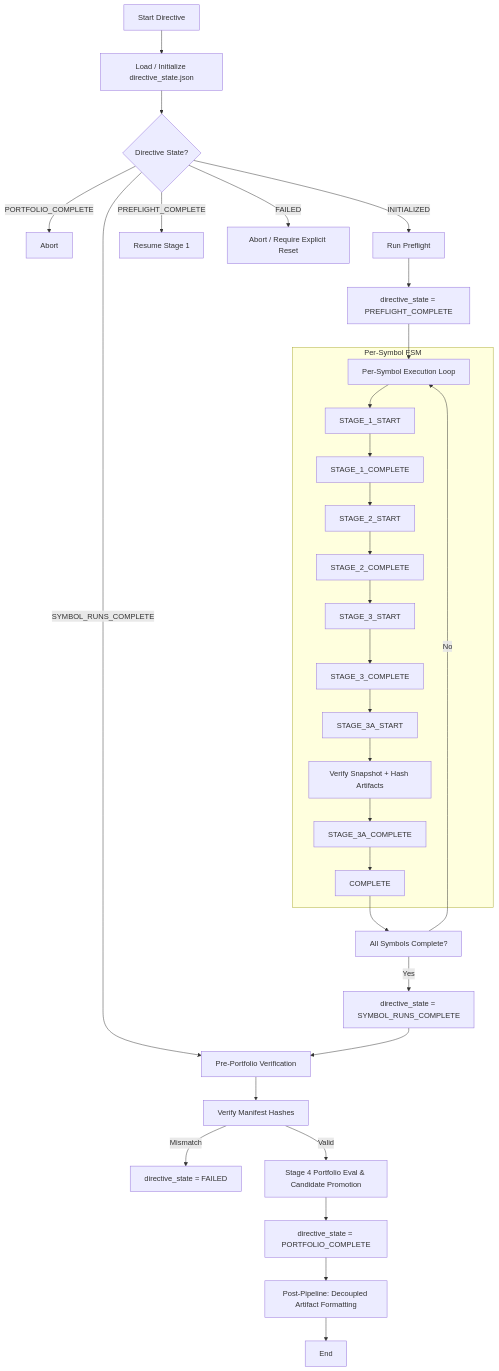
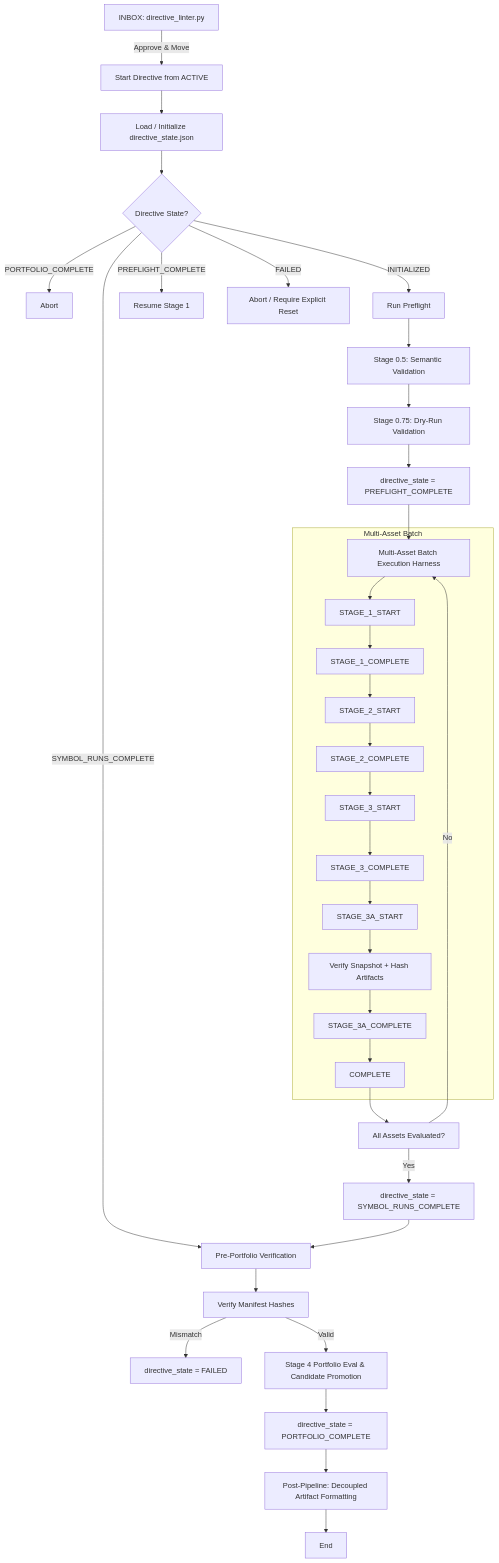
Before and after one commit to kitealert7-source/Trade-Scan-: the diagram in outputs/system_reports/01_system_architecture/pipeline_flow.md, drawn with Mermaid. The commit also changed 195 other files, not shown here.

Commit message:
Fix reset_directive to clear run_registry, correct RUNS_DIR path, patch linreg_regime_htf & range_breakout_session datetime handling, improve state consistency and preflight validation

````diff
--- a/outputs/system_reports/01_system_architecture/pipeline_flow.md
+++ b/outputs/system_reports/01_system_architecture/pipeline_flow.md
@@ -3,44 +3,47 @@
 ``` mermaid
 flowchart TD
 
-    A[Start Directive] --> B[Load / Initialize directive_state.json]
+    Z0[INBOX: directive_linter.py] -->|Approve & Move| A[Start Directive from ACTIVE]
+    A --> B[Load / Initialize directive_state.json]
     B --> C{Directive State?}
 
     C -->|PORTFOLIO_COMPLETE| Z1[Abort]
     C -->|INITIALIZED| D[Run Preflight]
     C -->|PREFLIGHT_COMPLETE| E[Resume Stage 1]
     C -->|SYMBOL_RUNS_COMPLETE| P[Go to Stage 4]
     C -->|FAILED| Z2[Abort / Require Explicit Reset]
 
-    D --> D1[directive_state = PREFLIGHT_COMPLETE]
+    D --> D0A[Stage 0.5: Semantic Validation]
+    D0A --> D0B[Stage 0.75: Dry-Run Validation]
+    D0B --> D1[directive_state = PREFLIGHT_COMPLETE]
 
-    D1 --> F[Per-Symbol Execution Loop]
+    D1 --> F[Multi-Asset Batch Execution Harness]
 
-    subgraph SYMBOL_EXECUTION [Per-Symbol FSM]
+    subgraph BATCH_EXECUTION [Multi-Asset Batch]
         F --> S1[STAGE_1_START]
         S1 --> S2[STAGE_1_COMPLETE]
         S2 --> S3[STAGE_2_START]
         S3 --> S4[STAGE_2_COMPLETE]
         S4 --> S5[STAGE_3_START]
         S5 --> S6[STAGE_3_COMPLETE]
         S6 --> S7[STAGE_3A_START]
         S7 --> S8[Verify Snapshot + Hash Artifacts]
         S8 --> S9[STAGE_3A_COMPLETE]
         S9 --> S10[COMPLETE]
     end
 
-    S10 --> G[All Symbols Complete?]
+    S10 --> G[All Assets Evaluated?]
 
     G -->|No| F
     G -->|Yes| H[directive_state = SYMBOL_RUNS_COMPLETE]
 
     H --> P[Pre-Portfolio Verification]
 
     P --> P1[Verify Manifest Hashes]
     P1 -->|Mismatch| Z3[directive_state = FAILED]
     P1 -->|Valid| Q[Stage 4 Portfolio Eval & Candidate Promotion]
 
     Q --> R[directive_state = PORTFOLIO_COMPLETE]
     R --> S[Post-Pipeline: Decoupled Artifact Formatting]
     S --> END[End]
 ```
````
